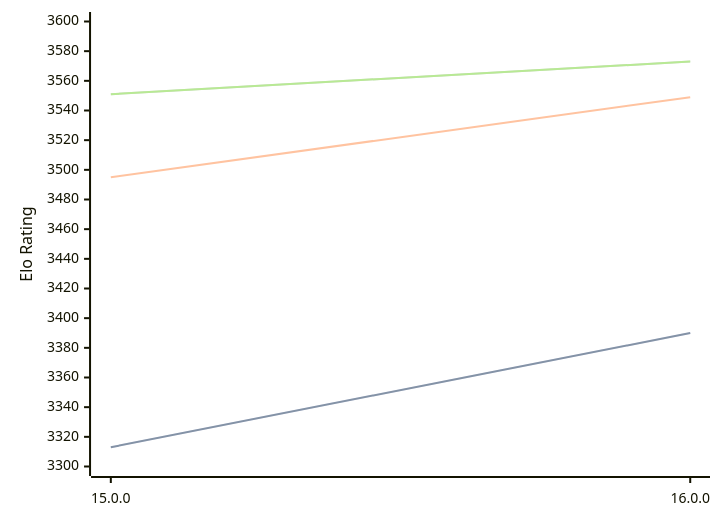
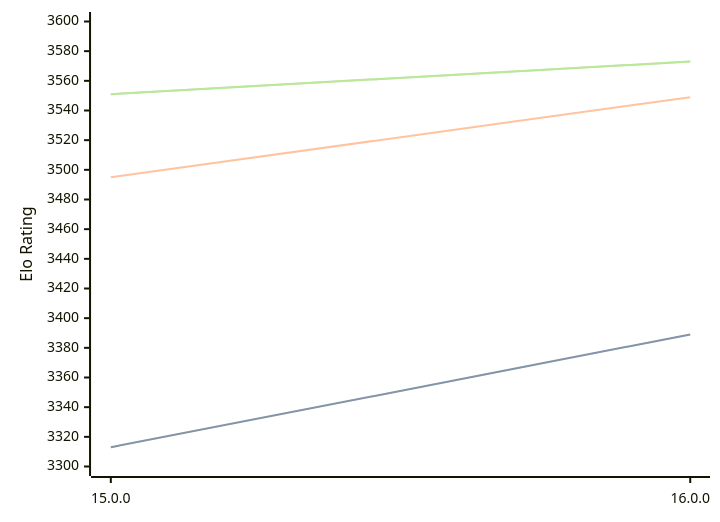
Before and after one commit to computer-chess-index/cci: the diagram in engines/Halogen.md, drawn with Mermaid. The commit also changed other lines of this file, not shown here.

Commit message:
Update CCI Ratings (ELO VLTC) - 2026-04-09

````diff
--- a/engines/Halogen.md
+++ b/engines/Halogen.md
@@ -50,11 +50,11 @@
 ```mermaid
 %%{init: {"theme":"base","themeVariables":{"seriesColors:['#a3a3a3','#222221','#faa371']}}}%%
 xychart-beta
   x-axis ["15.0.0", "16.0.0"]
   y-axis "Elo Rating" 3300 --> 3600
-  line "STC (8.0+0.08s)" [3313, 3390]
-  line "STC (8.0+0.08s)" [3313, 3390]
+  line "STC (8.0+0.08s)" [3313, 3389]
+  line "STC (8.0+0.08s)" [3313, 3389]
   line "LTC (60.0+0.60s)" [3495, 3549]
   line "VLTC (2m24s+1.12s)" [3551, 3573]
   line "VLTC (2m24s+1.12s)" [3551, 3573]
 ```
````
